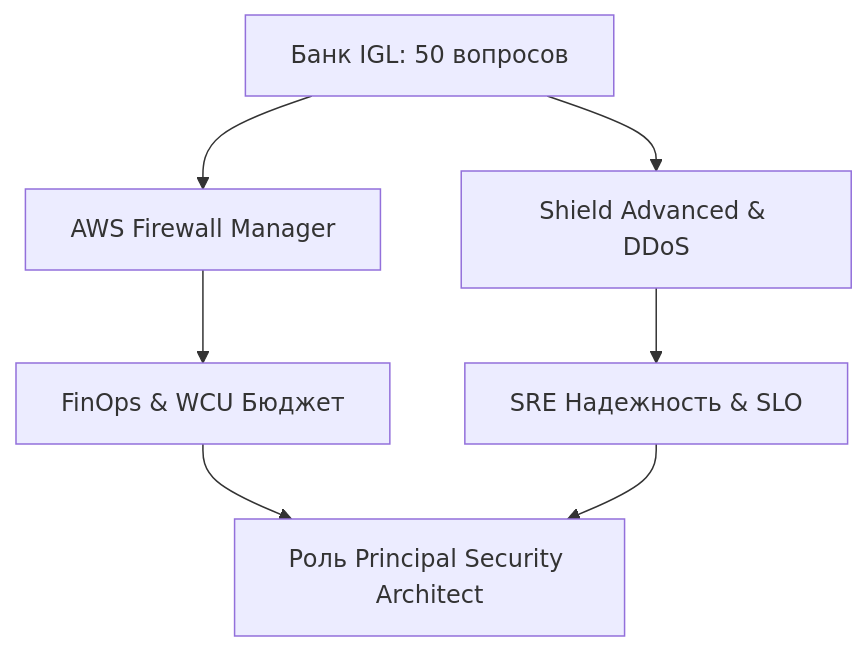
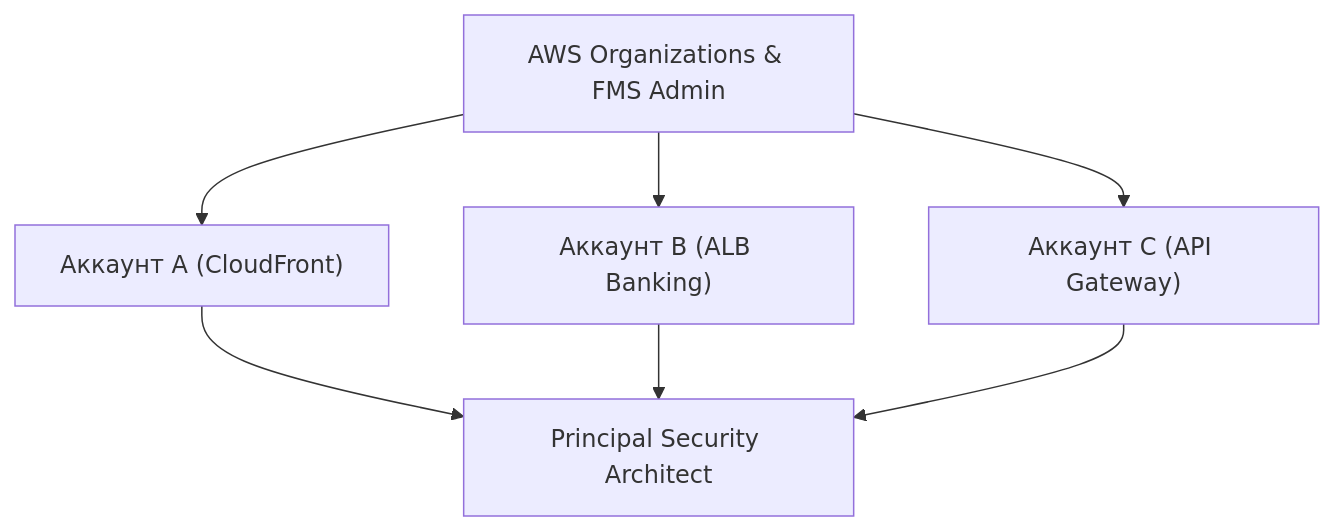
One commit to y-kolyada/aws-waf changed the diagram in diagrams/15-assessment-igl-governance.mmd. Above: the diagram before and after it, drawn with Mermaid. The commit also changed 35 other files, not shown here.

```diff
--- a/diagrams/15-assessment-igl-governance.mmd
+++ b/diagrams/15-assessment-igl-governance.mmd
@@ -1,7 +1,7 @@
 flowchart TD
-    Bank["Банк IGL: 50 вопросов"] --> FMS["AWS Firewall Manager"]
-    Bank --> Shield["Shield Advanced & DDoS"]
-    FMS --> FinOps["FinOps & WCU Бюджет"]
-    Shield --> SRE["SRE Надежность & SLO"]
-    FinOps --> Result["Роль Principal Security Architect"]
-    SRE --> Result
+    Org["AWS Organizations & FMS Admin"] --> AccA["Аккаунт A (CloudFront)"]
+    Org --> AccB["Аккаунт B (ALB Banking)"]
+    Org --> AccC["Аккаунт C (API Gateway)"]
+    AccA --> Arch["Principal Security Architect"]
+    AccB --> Arch
+    AccC --> Arch
```
